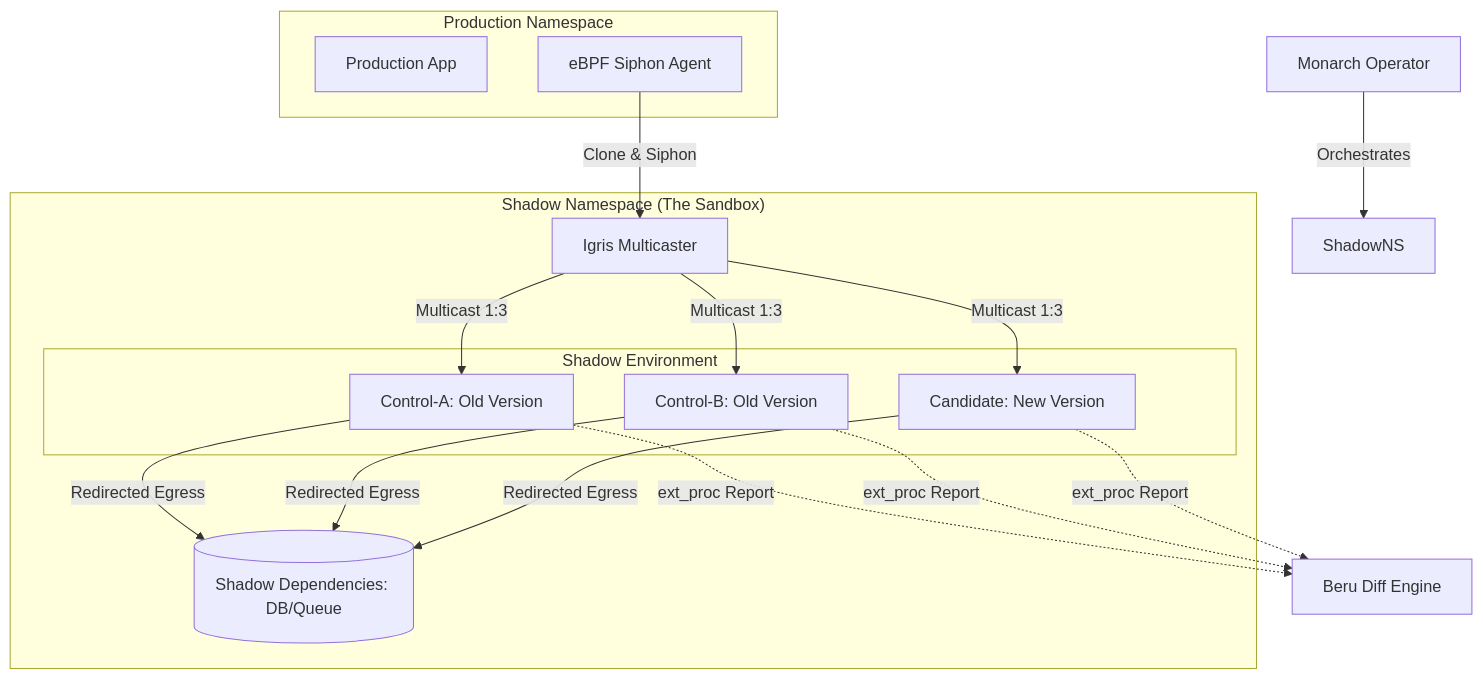
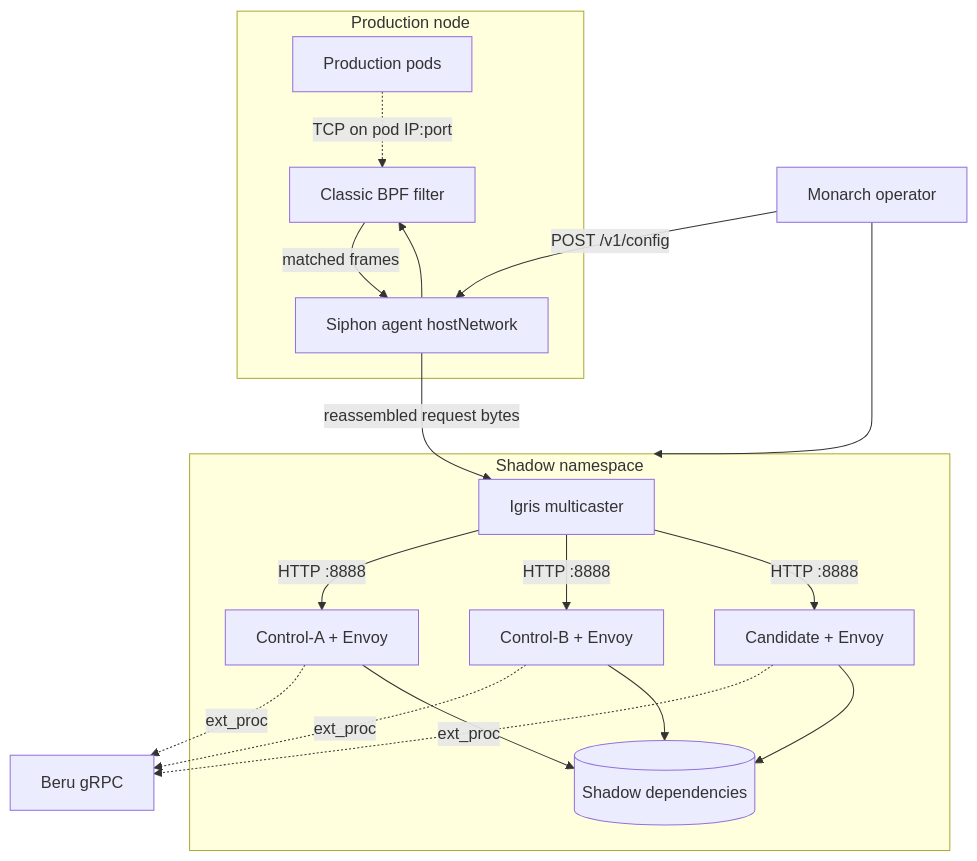
The diagram in FINAL_ARCHITECT.md (nederrgo/shadow-diff), drawn with Mermaid before and after one commit. The commit also changed other lines of this file and 13 other files, not shown here.

````diff
--- a/FINAL_ARCHITECT.md
+++ b/FINAL_ARCHITECT.md
@@ -18,36 +26,35 @@
 ```mermaid
 flowchart TD
-    subgraph "Production Namespace"
-        ProdApp[Production App]
-        Siphon[eBPF Siphon Agent]
+    subgraph prodNode [Production node]
+        ProdApp[Production pods]
+        Siphon[Siphon agent hostNetwork]
+        BPF[Classic BPF filter]
+        Siphon --> BPF
+        BPF -->|matched frames| Siphon
     end
 
-    subgraph "Shadow Namespace (The Sandbox)"
-        Igris[Igris Multicaster]
-        subgraph "Shadow Environment"
-            A[Control-A: Old Version]
-            B[Control-B: Old Version]
-            C[Candidate: New Version]
-        end
-        Dep[(Shadow Dependencies: DB/Queue)]
+    subgraph shadowNS [Shadow namespace]
+        Igris[Igris multicaster]
+        A[Control-A + Envoy]
+        B[Control-B + Envoy]
+        C[Candidate + Envoy]
+        Dep[(Shadow dependencies)]
     end
 
-    Beru[Beru Diff Engine]
-    Monarch[Monarch Operator]
+    Beru[Beru gRPC]
+    Monarch[Monarch operator]
 
-    %% Traffic Flow
-    Siphon -->|Clone & Siphon| Igris
-    Igris -->|Multicast 1:3| A
-    Igris -->|Multicast 1:3| B
-    Igris -->|Multicast 1:3| C
-    
-    A -.->|ext_proc Report| Beru
-    B -.->|ext_proc Report| Beru
-    C -.->|ext_proc Report| Beru
-    
-    %% Dependency Flow
-    A & B & C -->|Redirected Egress| Dep
-    
-    %% Management
-    Monarch -->|Orchestrates| ShadowNS
+    ProdApp -.->|TCP on pod IP:port| BPF
+    Siphon -->|reassembled request bytes| Igris
+    Igris -->|HTTP :8888| A
+    Igris -->|HTTP :8888| B
+    Igris -->|HTTP :8888| C
+
+    A -.->|ext_proc| Beru
+    B -.->|ext_proc| Beru
+    C -.->|ext_proc| Beru
+
+    A & B & C --> Dep
+    Monarch --> shadowNS
+    Monarch -->|POST /v1/config| Siphon
 ```
````
